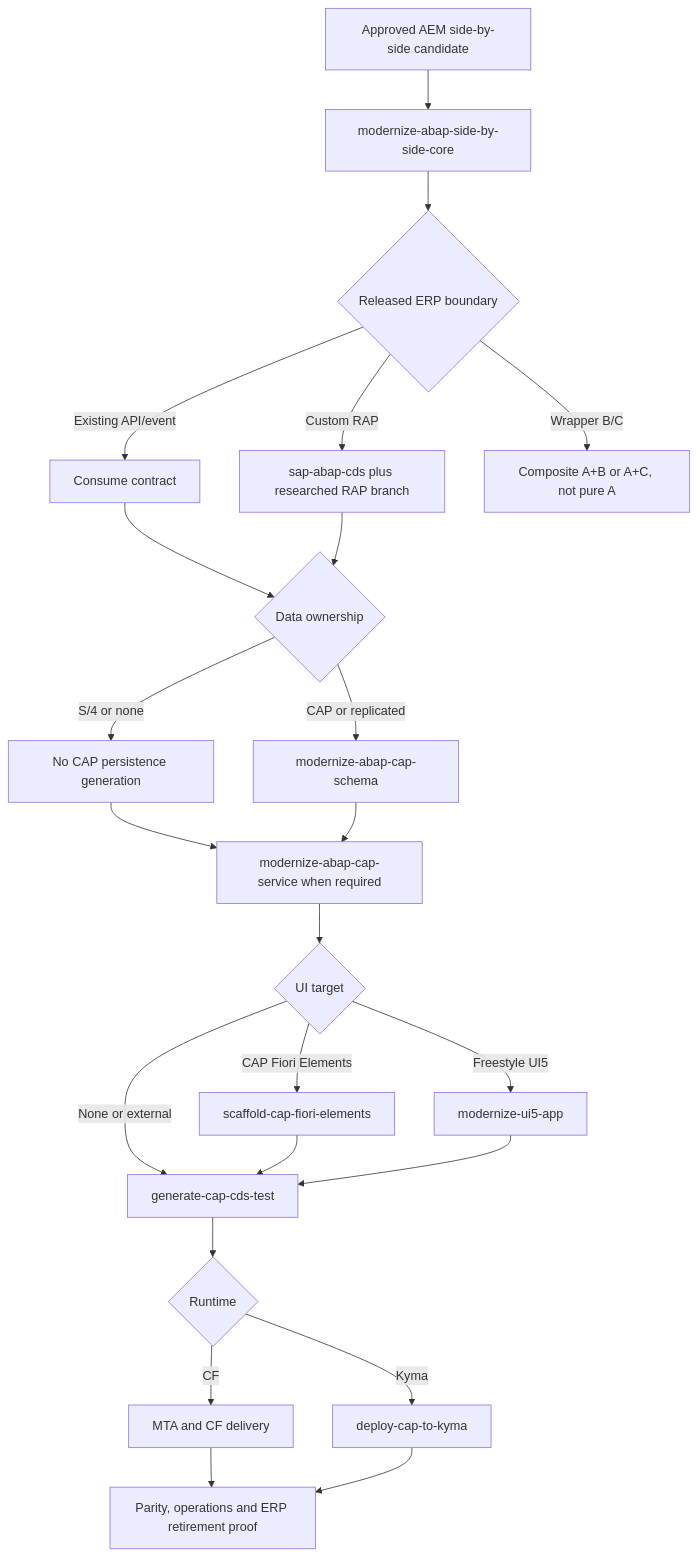
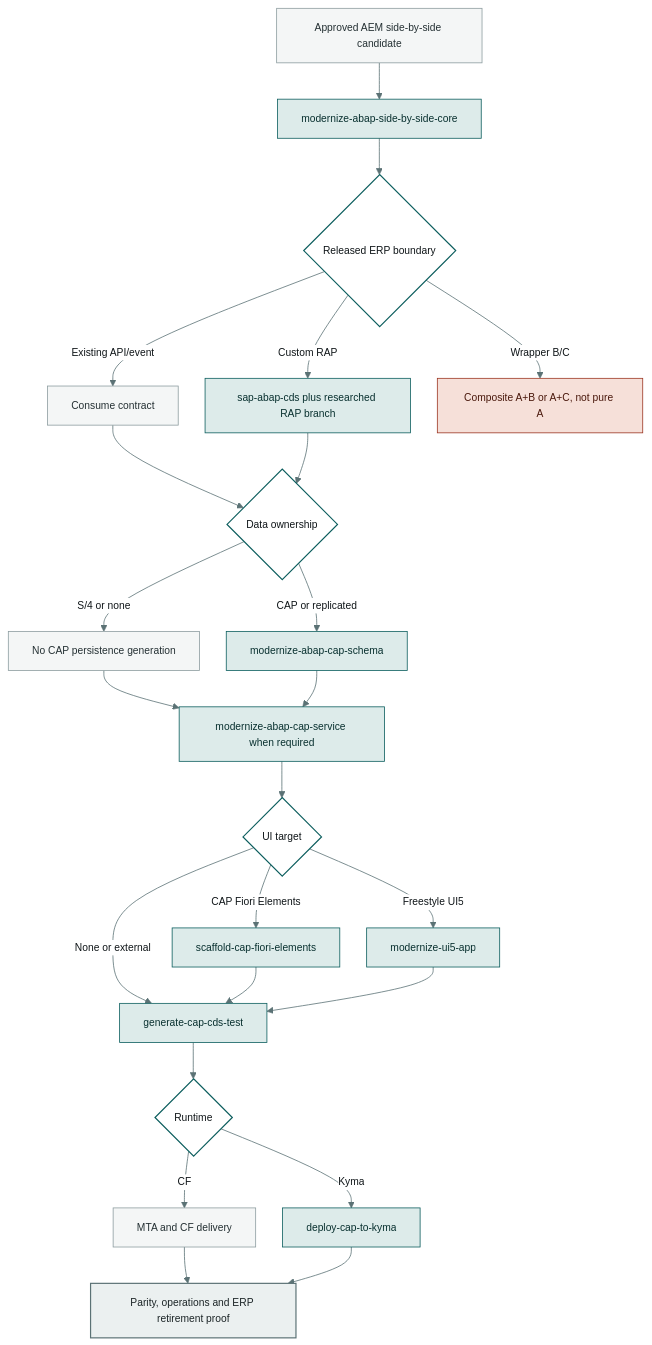
Before and after one commit to Raistlin82/arc-1-fork: the third of 5 diagrams in skills/sap-erp-clean-core-refactor/WORKFLOW.md, drawn with Mermaid. The commit also changed other lines of this file and 1 other file, not shown here.

````diff
--- a/skills/sap-erp-clean-core-refactor/WORKFLOW.md
+++ b/skills/sap-erp-clean-core-refactor/WORKFLOW.md
@@ -284,25 +307,38 @@
 ```mermaid
+%%{init: {'theme':'base','themeVariables':{'fontSize':'13px','primaryColor':'#EBF0F0','primaryTextColor':'#0F1518','primaryBorderColor':'#5B7275','lineColor':'#5B7275','edgeLabelBackground':'#FFFFFF'},'flowchart':{'curve':'basis','nodeSpacing':34,'rankSpacing':46}}}%%
 flowchart TD
     A["Approved AEM side-by-side candidate"] --> B["modernize-abap-side-by-side-core"]
     B --> C{"Released ERP boundary"}
     C -->|Existing API/event| D["Consume contract"]
     C -->|Custom RAP| E["sap-abap-cds plus researched RAP branch"]
     C -->|Wrapper B/C| X["Composite A+B or A+C, not pure A"]
     D --> O{"Data ownership"}
     E --> O
     O -->|S/4 or none| S["No CAP persistence generation"]
     O -->|CAP or replicated| P["modernize-abap-cap-schema"]
     S --> V["modernize-abap-cap-service when required"]
     P --> V
     V --> U{"UI target"}
     U -->|CAP Fiori Elements| FE["scaffold-cap-fiori-elements"]
     U -->|Freestyle UI5| UI5["modernize-ui5-app"]
     U -->|None or external| T["generate-cap-cds-test"]
     FE --> T
     UI5 --> T
     T --> R{"Runtime"}
     R -->|CF| CF["MTA and CF delivery"]
     R -->|Kyma| K["deploy-cap-to-kyma"]
     CF --> Q["Parity, operations and ERP retirement proof"]
     K --> Q
+
+    classDef decision fill:#FFFFFF,stroke:#0B5D5D,stroke-width:1.5px,color:#0F1518
+    classDef skill fill:#DDEBEA,stroke:#0B5D5D,stroke-width:1px,color:#08302F
+    classDef gather fill:#F4F6F6,stroke:#8C9C9F,stroke-width:1px,color:#243033
+    classDef caution fill:#F6E0D9,stroke:#9B3520,stroke-width:1px,color:#4A180C
+    classDef proof fill:#EBF0F0,stroke:#5B7275,stroke-width:1.5px,color:#1B2426
+
+    class C,O,U,R decision
+    class B,E,P,V,FE,UI5,T,K skill
+    class A,D,S,CF gather
+    class X caution
+    class Q proof
 ```
````
